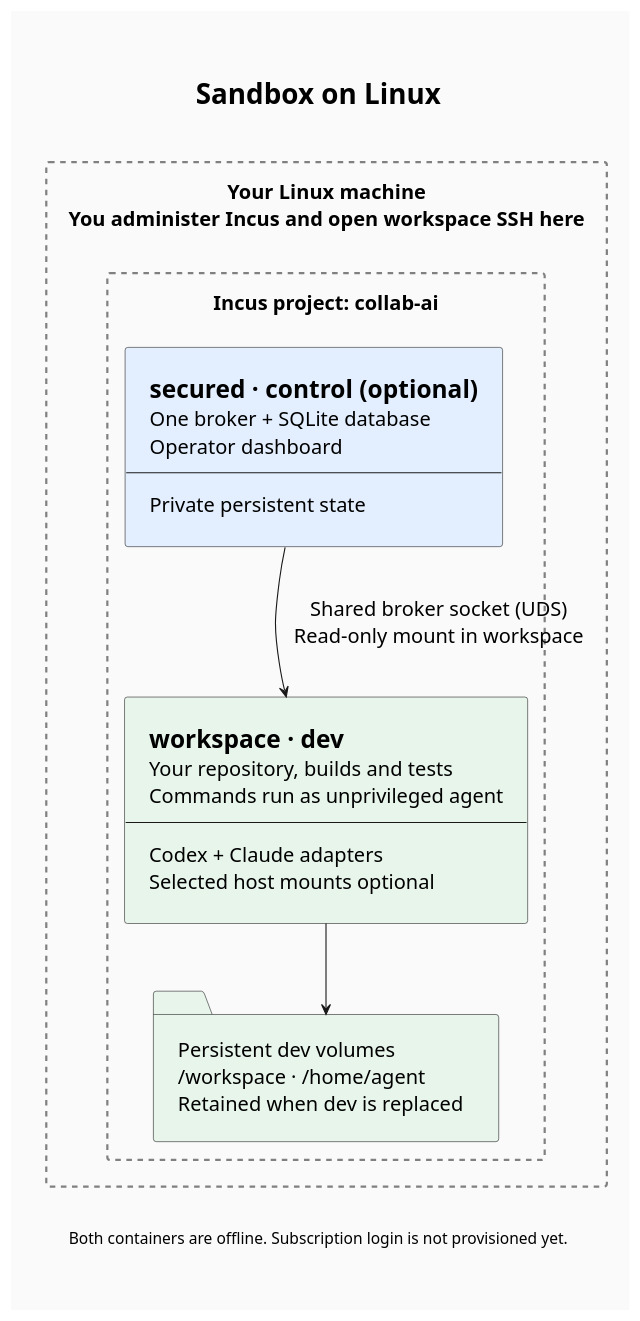
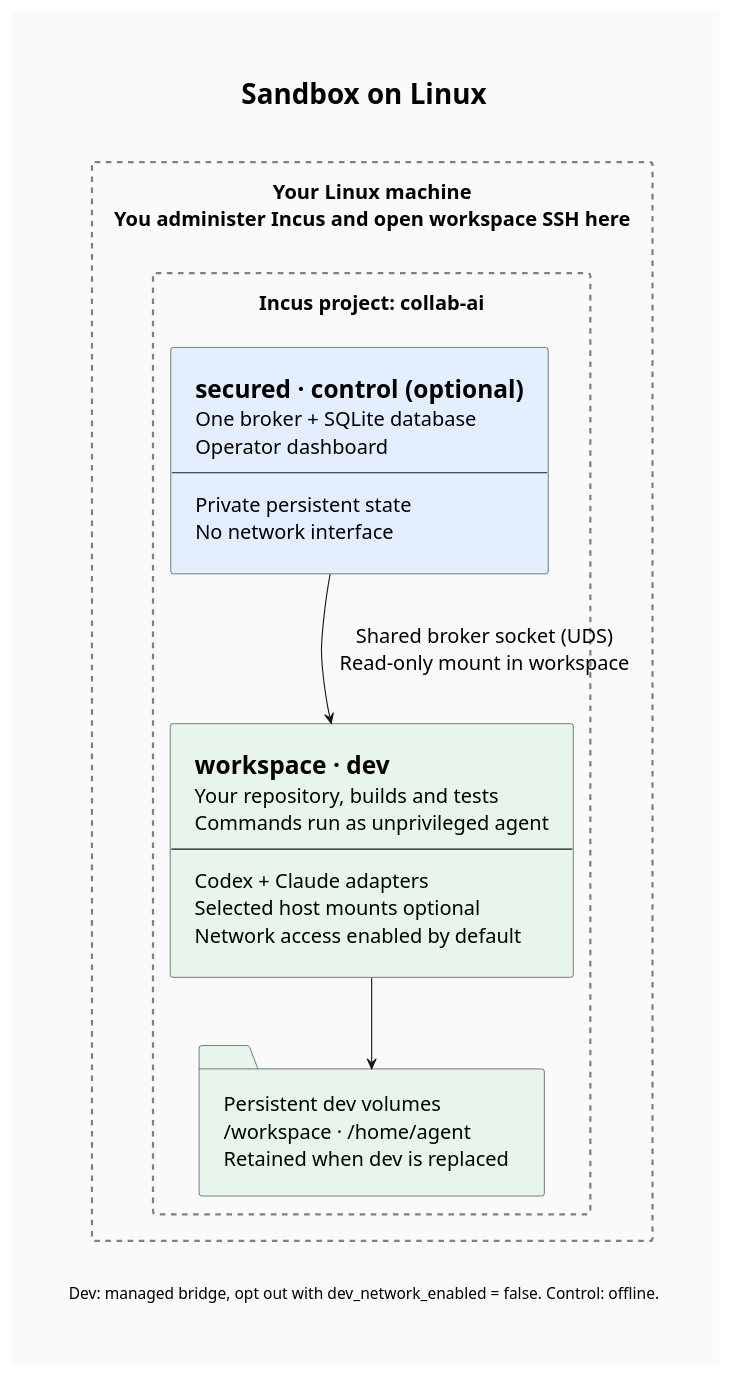
Before and after one commit to makarski/collab-ai: the diagram in docs/assets/sandbox-linux.puml, drawn with PlantUML. The commit also changed 32 other files, not shown here.

```diff
--- a/docs/assets/sandbox-linux.puml
+++ b/docs/assets/sandbox-linux.puml
@@ -1,62 +1,64 @@
 @startuml sandbox-linux
 ' Render from the repository root:
 ' plantuml -tsvg -nometadata docs/assets/sandbox-linux.puml
 
 title Sandbox on Linux
 
 <style>
 title {
     FontSize 25
 }
 document {
     Margin 20
     BackgroundColor #fafafa
 }
 rectangle {
     LineStyle 5
     LineColor #grey
     LineThickness 2
 }
 .Workspace {
     BackgroundColor #e7f5eb
 }
 .Secured {
     BackgroundColor #e3efff
 }
 </style>
 
 hide stereotype
 skinparam {
     backgroundColor #fafafa
     shadowing false
     componentStyle rectangle
     defaultFontSize 18
     padding 12
 }
 
 rectangle "Your Linux machine\nYou administer Incus and open workspace SSH here" as Host {
 rectangle "Incus project: collab-ai" as Project {
     component Secured <<Secured>> [
         =secured · control (optional)
         One broker + SQLite database
         Operator dashboard
         --
         Private persistent state
+        No network interface
     ]
     component Workspace <<Workspace>> [
         =workspace · dev
         Your repository, builds and tests
         Commands run as unprivileged agent
         --
         Codex + Claude adapters
         Selected host mounts optional
+        Network access enabled by default
     ]
     folder "Persistent dev volumes\n/workspace · /home/agent\nRetained when dev is replaced" as Data <<Workspace>>
     Workspace -down-> Data
 }
 Secured -down-> Workspace : Shared broker socket (UDS)\nRead-only mount in workspace
 }
 
-caption Both containers are offline. Subscription login is not provisioned yet.
+caption Dev: managed bridge, opt out with dev_network_enabled = false. Control: offline.
 
 @enduml
```
